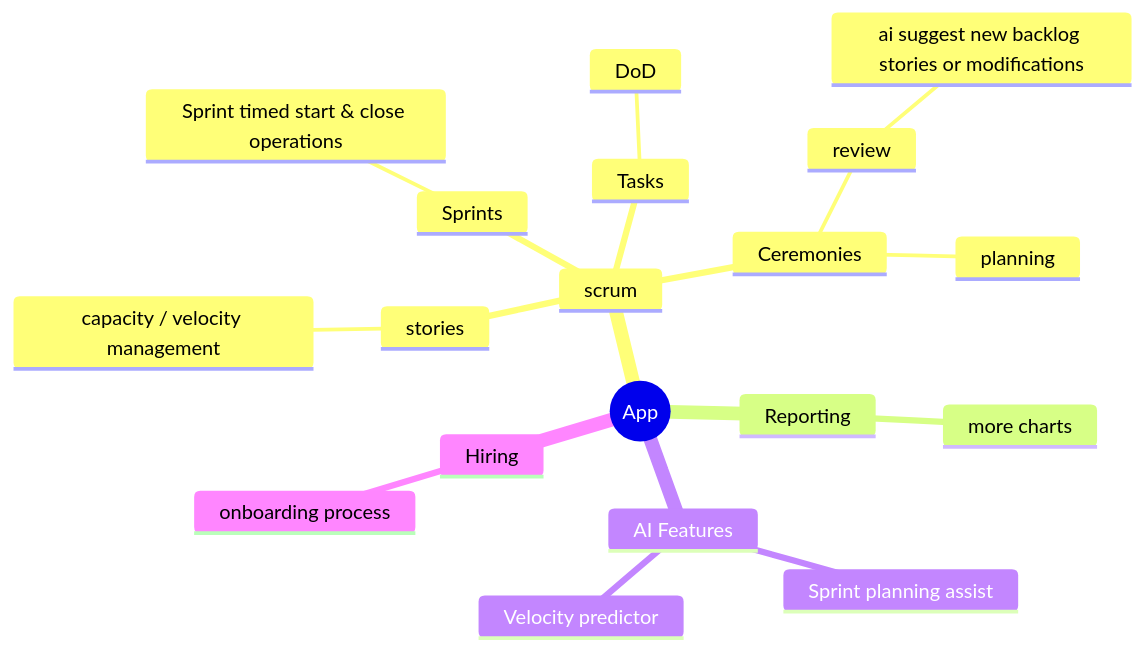
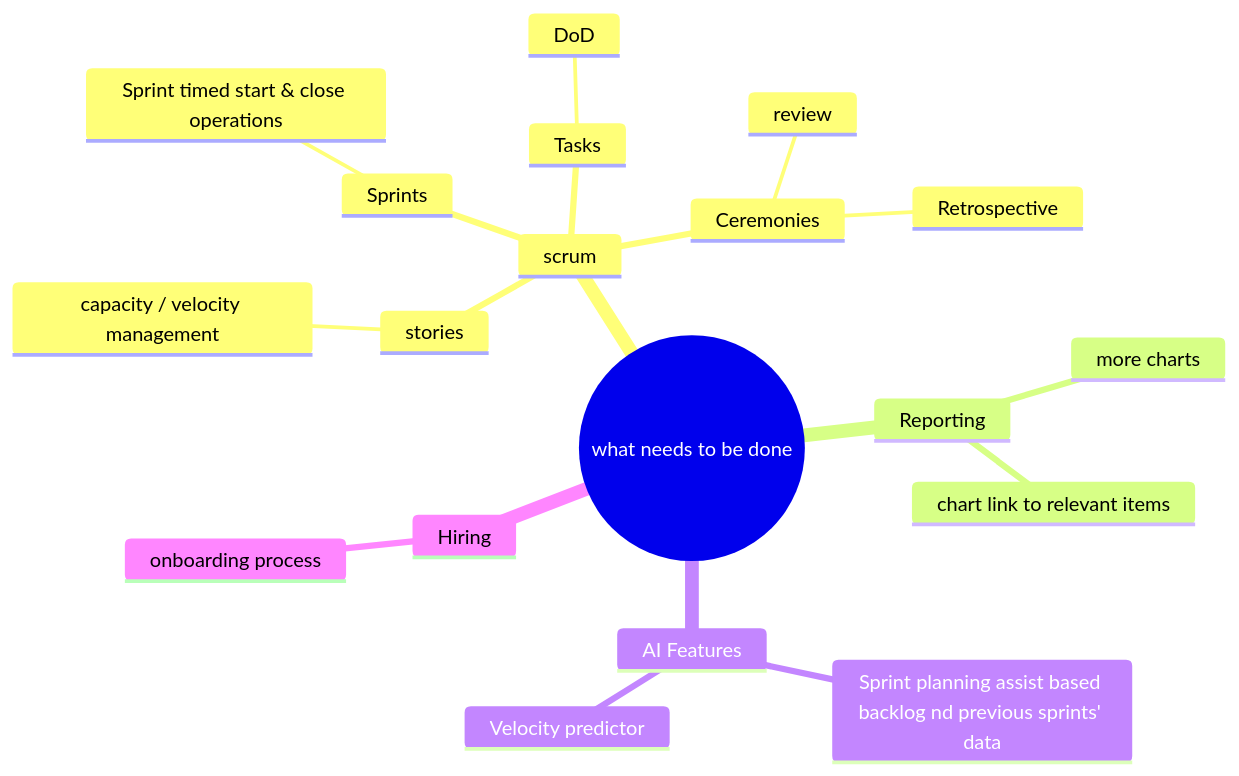
The diagram in README.md (moad-cher/PFE), drawn with Mermaid before and after one commit. The commit also changed other lines of this file and 6 other files, not shown here.

````diff
--- a/README.md
+++ b/README.md
@@ -97,39 +97,38 @@
 ```mermaid
 mindmap
-  root((App))
+  root((what needs to be done))
     scrum
       stories
         %% ordered Backlog
         capacity / velocity management
       Sprints
         %% Sprint state machine
         %% Incomplete stories
         Sprint timed start & close operations
       Tasks
         DoD
         %% retrieve points when removed from done
         %% team capacity management
         %% State machine
         %% Assignee
       Ceremonies
         review
-          ai suggest new backlog stories or modifications
-        planning
-        %% Retrospective
+        Retrospective
     Reporting
       more charts
+      chart link to relevant items
       %% team workload
       %% Burndown chart
       %% Velocity history
     AI Features
-      Sprint planning assist
+      Sprint planning assist based backlog nd previous sprints' data
       Velocity predictor
       %% Assignee suggester
     Hiring
       onboarding process
     %% notifications
     %%   little svg symbol
     %%   colored by type (info, warning, error)
     %%   linkes to the relevant item (task, sprint, etc)
 
 ```
````
